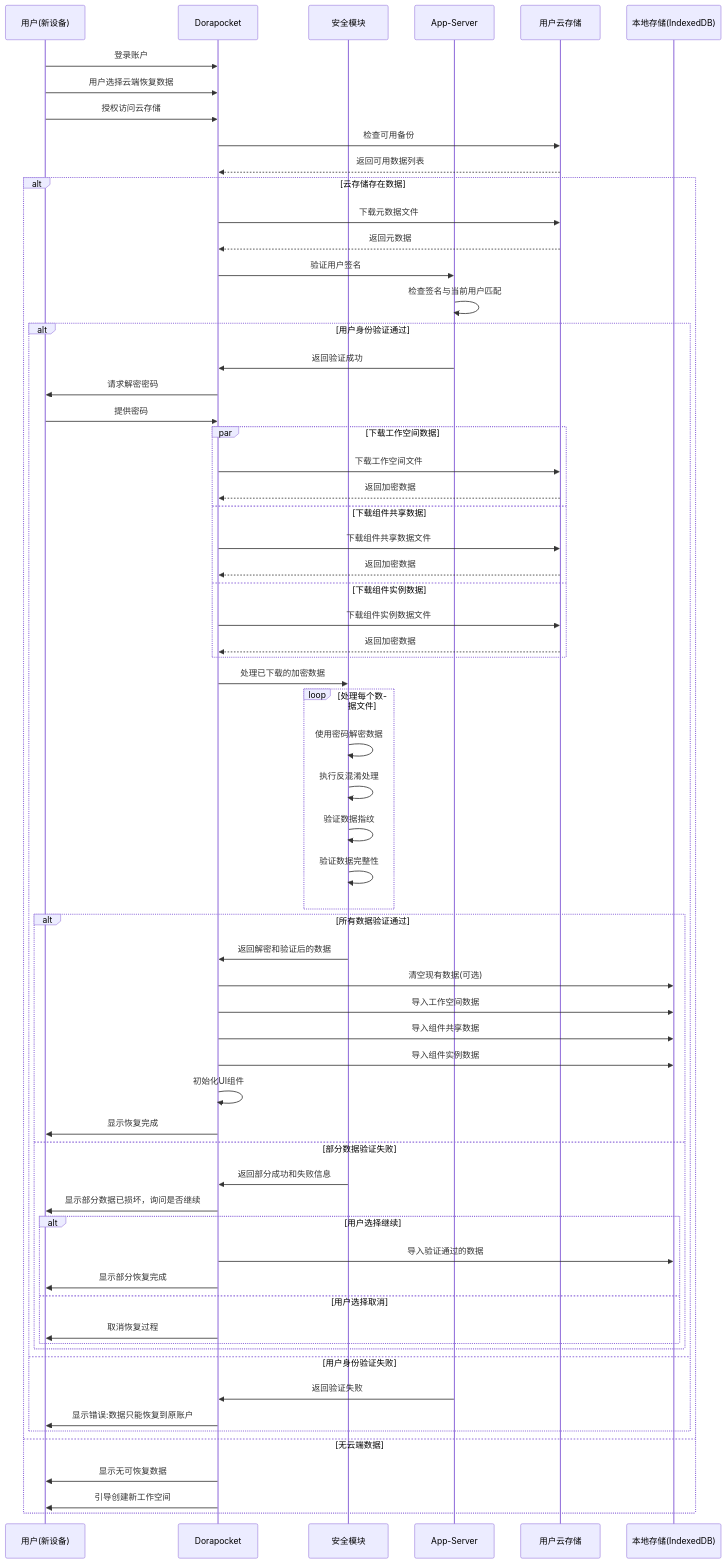
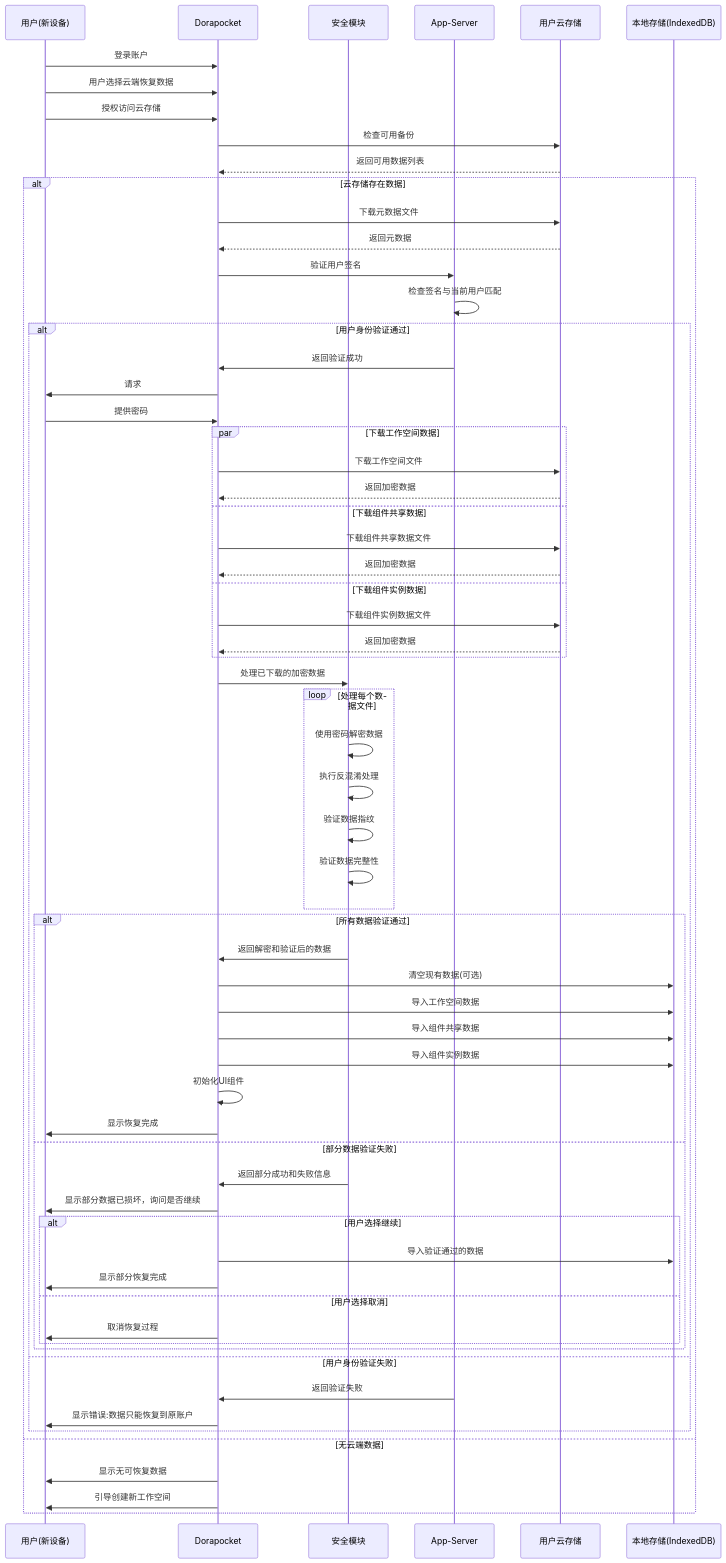
One commit to yingjianzh/iodraw-files changed the diagram in all/未命名-34.md. Above: the diagram before and after it, drawn with Mermaid.

Commit message:
2025-04-17 17:08:07 update

````diff
--- a/all/未命名-34.md
+++ b/all/未命名-34.md
@@ -1,79 +1,79 @@
 ```mermaid
 sequenceDiagram
     participant User as 用户(新设备)
     participant App as Dorapocket
     participant Security as 安全模块
     participant AppServer as App-Server
     participant UserCloud as 用户云存储
     participant LocalDB as 本地存储(IndexedDB)
     
     User->>App: 登录账户
     User->>App: 用户选择云端恢复数据
     User->>App: 授权访问云存储
     
     App->>UserCloud: 检查可用备份
     UserCloud-->>App: 返回可用数据列表
     
     alt 云存储存在数据
         
         App->>UserCloud: 下载元数据文件
         UserCloud-->>App: 返回元数据
         
         App->>AppServer: 验证用户签名
         AppServer->>AppServer: 检查签名与当前用户匹配
         
         alt 用户身份验证通过
             AppServer->>App: 返回验证成功
             
-            App->>User: 请求解密密码
+            App->>User: 请求
             User->>App: 提供密码
             
             par 下载工作空间数据
                 App->>UserCloud: 下载工作空间文件
                 UserCloud-->>App: 返回加密数据
             and 下载组件共享数据
                 App->>UserCloud: 下载组件共享数据文件
                 UserCloud-->>App: 返回加密数据
             and 下载组件实例数据
                 App->>UserCloud: 下载组件实例数据文件
                 UserCloud-->>App: 返回加密数据
             end
             
             App->>Security: 处理已下载的加密数据
             loop 处理每个数据文件
                 Security->>Security: 使用密码解密数据
                 Security->>Security: 执行反混淆处理
                 Security->>Security: 验证数据指纹
                 Security->>Security: 验证数据完整性
             end
             
             alt 所有数据验证通过
                 Security->>App: 返回解密和验证后的数据
                 
                 App->>LocalDB: 清空现有数据(可选)
                 App->>LocalDB: 导入工作空间数据
                 App->>LocalDB: 导入组件共享数据
                 App->>LocalDB: 导入组件实例数据
                 
                 App->>App: 初始化UI组件
                 App->>User: 显示恢复完成
             else 部分数据验证失败
                 Security->>App: 返回部分成功和失败信息
                 App->>User: 显示部分数据已损坏，询问是否继续
                 
                 alt 用户选择继续
                     App->>LocalDB: 导入验证通过的数据
                     App->>User: 显示部分恢复完成
                 else 用户选择取消
                     App->>User: 取消恢复过程
                 end
             end
         else 用户身份验证失败
             AppServer->>App: 返回验证失败
             App->>User: 显示错误:数据只能恢复到原账户
         end
     else 无云端数据
         App->>User: 显示无可恢复数据
         App->>User: 引导创建新工作空间
     end
 ```
````
